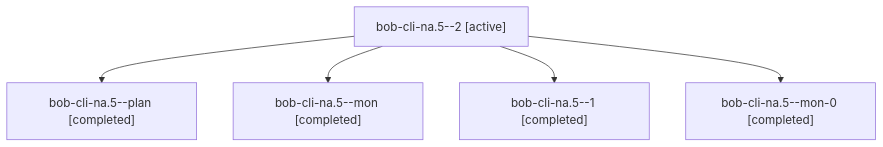
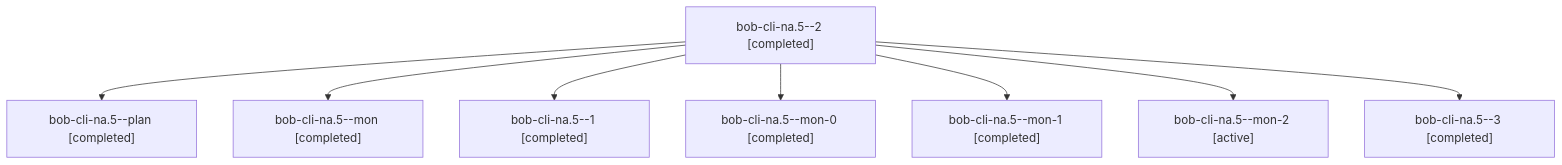
The diagram in sessions/bbugyi200.apollo.bob-cli-na.5.md (bobs-org/bob-cli--agents), drawn with Mermaid before and after one commit. The commit also changed other lines of this file and 69 other files, not shown here.

````diff
--- a/sessions/bbugyi200.apollo.bob-cli-na.5.md
+++ b/sessions/bbugyi200.apollo.bob-cli-na.5.md
@@ -9,12 +9,18 @@
 ```mermaid
 flowchart TD
-  n0["bob-cli-na.5--2 [active]"]
+  n0["bob-cli-na.5--2 [completed]"]
   n1["bob-cli-na.5--plan [completed]"]
   n0 --> n1
   n2["bob-cli-na.5--mon [completed]"]
   n0 --> n2
   n3["bob-cli-na.5--1 [completed]"]
   n0 --> n3
   n4["bob-cli-na.5--mon-0 [completed]"]
   n0 --> n4
+  n5["bob-cli-na.5--mon-1 [completed]"]
+  n0 --> n5
+  n6["bob-cli-na.5--mon-2 [active]"]
+  n0 --> n6
+  n7["bob-cli-na.5--3 [completed]"]
+  n0 --> n7
 ```
````
